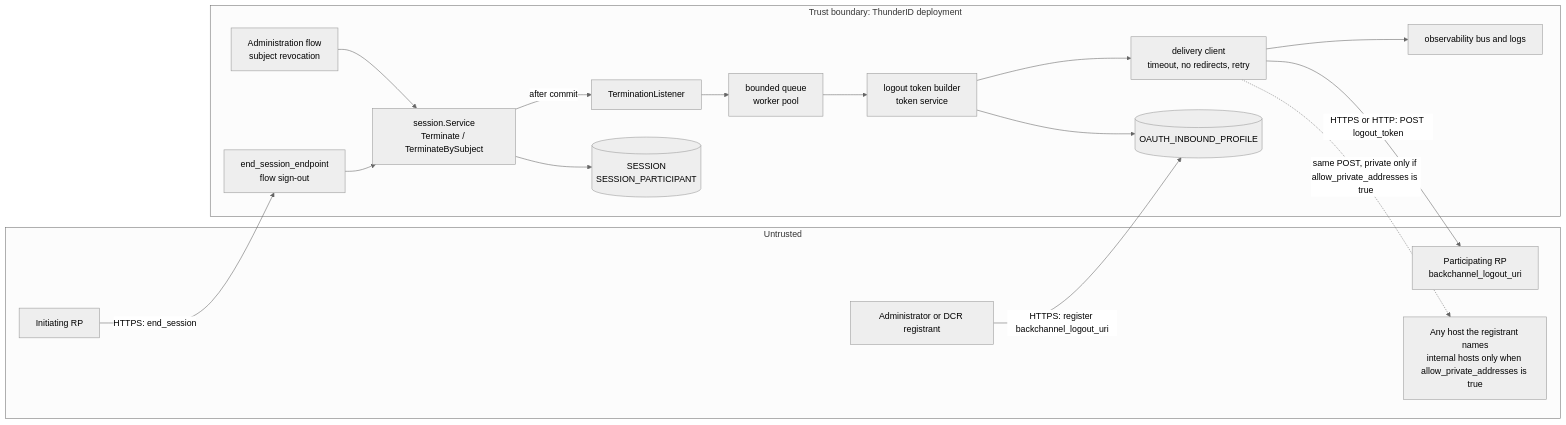
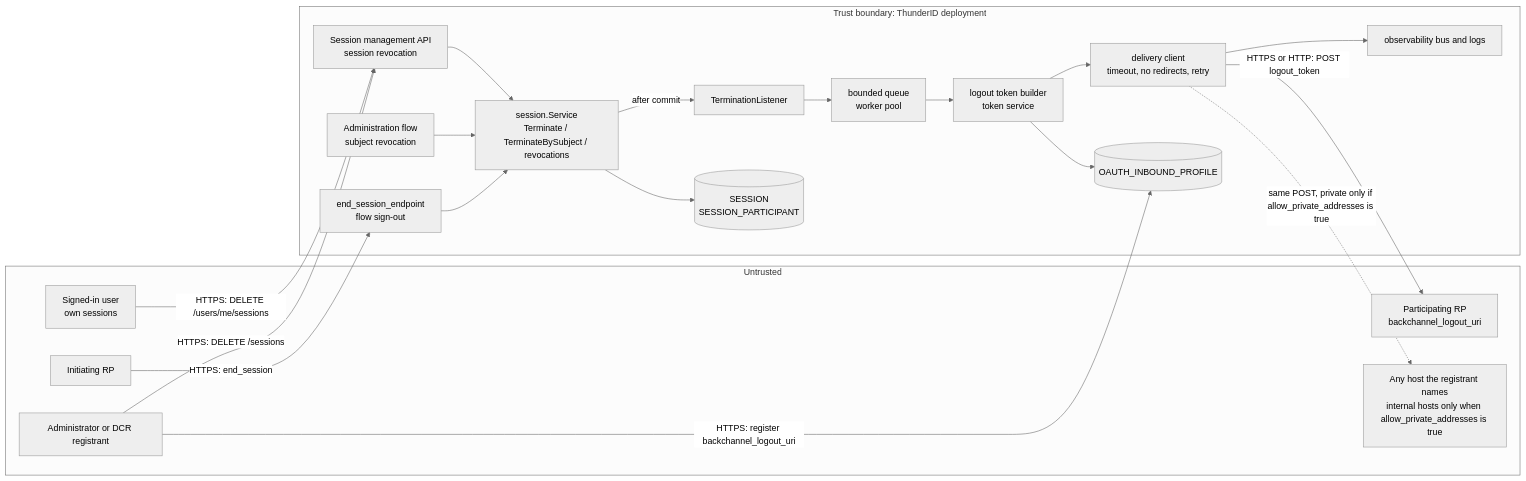
Before and after one commit to thunder-id/thunderid: the first of 7 diagrams in docs-internals/back-channel-logout/threat-model.md, drawn with Mermaid (neutral theme). The commit also changed other lines of this file and 28 other files, not shown here.

Commit message:
Add revoke API for SSO sessions

````diff
--- a/docs-internals/back-channel-logout/threat-model.md
+++ b/docs-internals/back-channel-logout/threat-model.md
@@ -39,33 +39,38 @@
 ```mermaid
 flowchart LR
   subgraph Untrusted ["Untrusted"]
     ADMIN[Administrator or DCR registrant]
     RPA[Initiating RP]
+    USER[Signed-in user<br/>own sessions]
     RPB[Participating RP<br/>backchannel_logout_uri]
     HOST[Any host the registrant names<br/>internal hosts only when allow_private_addresses is true]
   end
   subgraph Trusted ["Trust boundary: ThunderID deployment"]
     ES[end_session_endpoint<br/>flow sign-out]
     ADMFLOW[Administration flow<br/>subject revocation]
-    SESSVC[session.Service<br/>Terminate / TerminateBySubject]
+    SMAPI[Session management API<br/>session revocation]
+    SESSVC[session.Service<br/>Terminate / TerminateBySubject / revocations]
     TL[TerminationListener]
     Q[bounded queue<br/>worker pool]
     MINT[logout token builder<br/>token service]
     DEL[delivery client<br/>timeout, no redirects, retry]
     CFG[(OAUTH_INBOUND_PROFILE)]
     SESS[(SESSION<br/>SESSION_PARTICIPANT)]
     OBS[observability bus and logs]
   end
   ADMIN -->|HTTPS: register backchannel_logout_uri| CFG
   RPA -->|HTTPS: end_session| ES
   ES --> SESSVC
   ADMFLOW --> SESSVC
+  ADMIN -->|HTTPS: DELETE /sessions| SMAPI
+  USER -->|HTTPS: DELETE /users/me/sessions| SMAPI
+  SMAPI --> SESSVC
   SESSVC --> SESS
   SESSVC -->|after commit| TL
   TL --> Q --> MINT
   MINT --> CFG
   MINT --> DEL
   DEL -->|HTTPS or HTTP: POST logout_token| RPB
   DEL -.->|same POST, private only if allow_private_addresses is true| HOST
   DEL --> OBS
 ```
````
